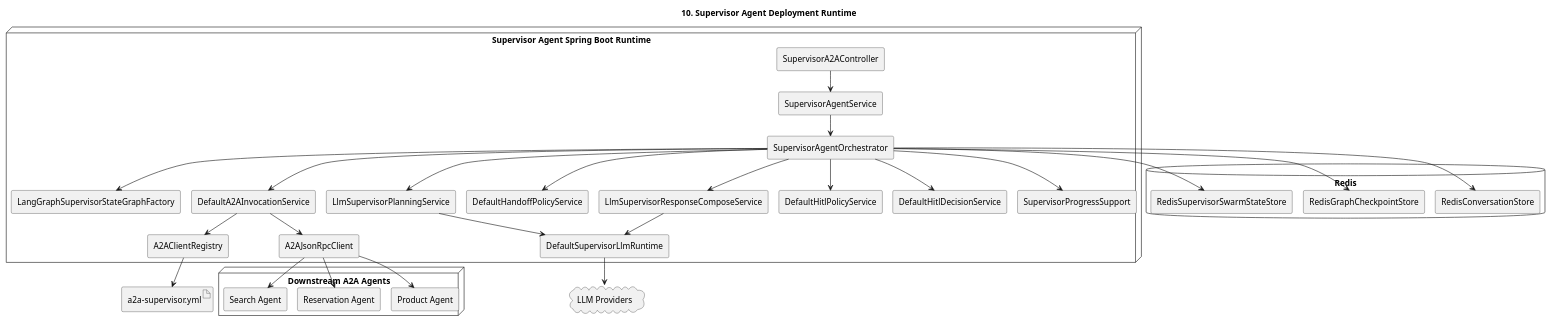
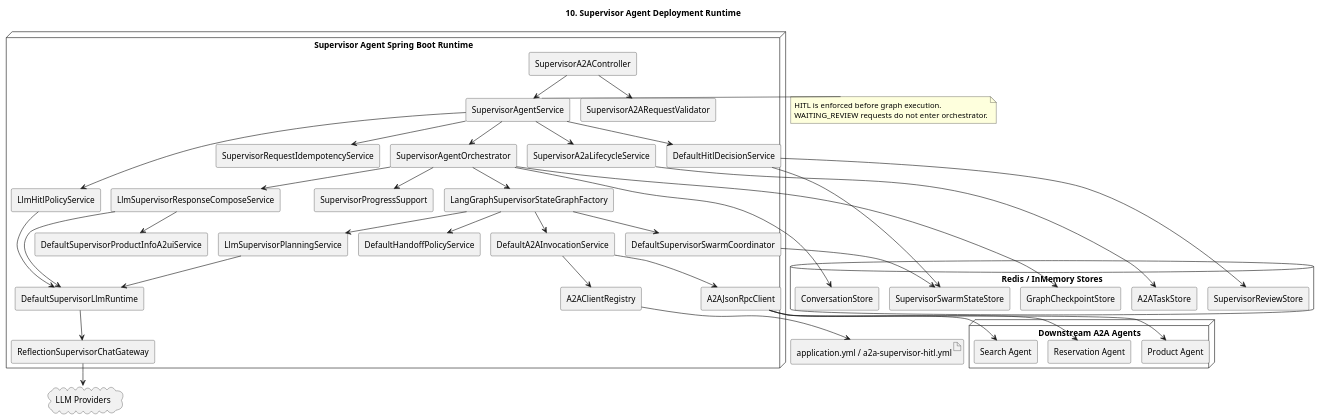
The diagram in documents/a2a-host_agent-architecture/10-deployment-runtime.puml (kim57uak/spring-ai), drawn with PlantUML before and after one commit. The commit also changed 15 other files, not shown here.

```diff
--- a/documents/a2a-host_agent-architecture/10-deployment-runtime.puml
+++ b/documents/a2a-host_agent-architecture/10-deployment-runtime.puml
@@ -1,72 +1,86 @@
 @startuml
 !pragma layout smetana
 title 10. Supervisor Agent Deployment Runtime
 
 skinparam shadowing false
 skinparam componentStyle rectangle
 
 node "Supervisor Agent Spring Boot Runtime" {
-  [SupervisorA2AController] as SupervisorA2AController
-  [SupervisorAgentService] as SupervisorService
-  [SupervisorAgentOrchestrator] as SupervisorOrchestrator
+  [SupervisorA2AController] as Controller
+  [SupervisorA2ARequestValidator] as Validator
+  [SupervisorAgentService] as Service
+  [SupervisorA2aLifecycleService] as Lifecycle
+  [SupervisorRequestIdempotencyService] as Idempotency
+  [SupervisorAgentOrchestrator] as Orchestrator
   [LangGraphSupervisorStateGraphFactory] as GraphFactory
   [LlmSupervisorPlanningService] as Planner
   [DefaultA2AInvocationService] as Invoker
   [DefaultHandoffPolicyService] as HandoffPolicy
+  [DefaultSupervisorSwarmCoordinator] as SwarmCoordinator
   [LlmSupervisorResponseComposeService] as Composer
-  [DefaultHitlPolicyService] as HitlPolicy
+  [DefaultSupervisorProductInfoA2uiService] as A2uiService
+  [LlmHitlPolicyService] as HitlPolicy
   [DefaultHitlDecisionService] as HitlDecision
   [A2AClientRegistry] as Registry
   [A2AJsonRpcClient] as A2AClient
+  [DefaultSupervisorLlmRuntime] as LlmRuntime
+  [ReflectionSupervisorChatGateway] as ChatGateway
   [SupervisorProgressSupport] as ProgressSupport
-  [DefaultSupervisorLlmRuntime] as LlmRuntime
 }
 
-database "Redis" as Redis {
-  [RedisConversationStore] as ConversationStore
-  [RedisGraphCheckpointStore] as CheckpointStore
-  [RedisSupervisorSwarmStateStore] as SwarmStateStore
+database "Redis / InMemory Stores" as Stores {
+  [ConversationStore] as ConversationStore
+  [GraphCheckpointStore] as CheckpointStore
+  [SupervisorSwarmStateStore] as SwarmStateStore
+  [SupervisorReviewStore] as ReviewStore
+  [A2ATaskStore] as TaskStore
 }
 
 cloud "LLM Providers" as LlmProviders
 
 node "Downstream A2A Agents" {
   [Product Agent] as ProductAgent
   [Reservation Agent] as ReservationAgent
   [Search Agent] as SearchAgent
 }
 
-artifact "a2a-supervisor.yml" as SupervisorConfig
+artifact "application.yml / a2a-supervisor-hitl.yml" as Config
 
-SupervisorA2AController --> SupervisorService
-SupervisorService --> SupervisorOrchestrator
-SupervisorOrchestrator --> GraphFactory
-SupervisorOrchestrator --> Planner
-SupervisorOrchestrator --> Invoker
-SupervisorOrchestrator --> HandoffPolicy
-SupervisorOrchestrator --> Composer
-SupervisorOrchestrator --> HitlPolicy
-SupervisorOrchestrator --> HitlDecision
-SupervisorOrchestrator --> ConversationStore
-SupervisorOrchestrator --> CheckpointStore
-SupervisorOrchestrator --> SwarmStateStore
-SupervisorOrchestrator --> ProgressSupport
+Controller --> Validator
+Controller --> Service
+Service --> Idempotency
+Service --> HitlPolicy
+Service --> HitlDecision
+Service --> Lifecycle
+Service --> Orchestrator
+Orchestrator --> GraphFactory
+GraphFactory --> Planner
+GraphFactory --> Invoker
+GraphFactory --> HandoffPolicy
+GraphFactory --> SwarmCoordinator
+Orchestrator --> Composer
+Composer --> A2uiService
 Planner --> LlmRuntime
+HitlPolicy --> LlmRuntime
 Composer --> LlmRuntime
-LlmRuntime --> LlmProviders
+LlmRuntime --> ChatGateway
+ChatGateway --> LlmProviders
 Invoker --> Registry
-Registry --> SupervisorConfig
+Registry --> Config
 Invoker --> A2AClient
 A2AClient --> ProductAgent
 A2AClient --> ReservationAgent
 A2AClient --> SearchAgent
+Orchestrator --> ConversationStore
+Orchestrator --> CheckpointStore
+SwarmCoordinator --> SwarmStateStore
+HitlDecision --> ReviewStore
+HitlDecision --> SwarmStateStore
+Lifecycle --> TaskStore
+Orchestrator --> ProgressSupport
 
-' 2026-04-13 sync with doc 34
-' - deploy handoff policy service as dedicated runtime component
-' - use SupervisorProgressSupport for unified trace/progress formatting
-' 2026-04-12 sync with docs 30/31
-' - Scope: HITL decision limited to APPROVE/CANCEL in current phase
-' - Data mutation requests (create/update/delete) require mandatory HITL
-' - A2A compatibility mode keeps both legacy and v1.0 methods
-' - User profile input collection is deferred to next phase
+note right of Service
+HITL is enforced before graph execution.
+WAITING_REVIEW requests do not enter orchestrator.
+end note
 @enduml
```
